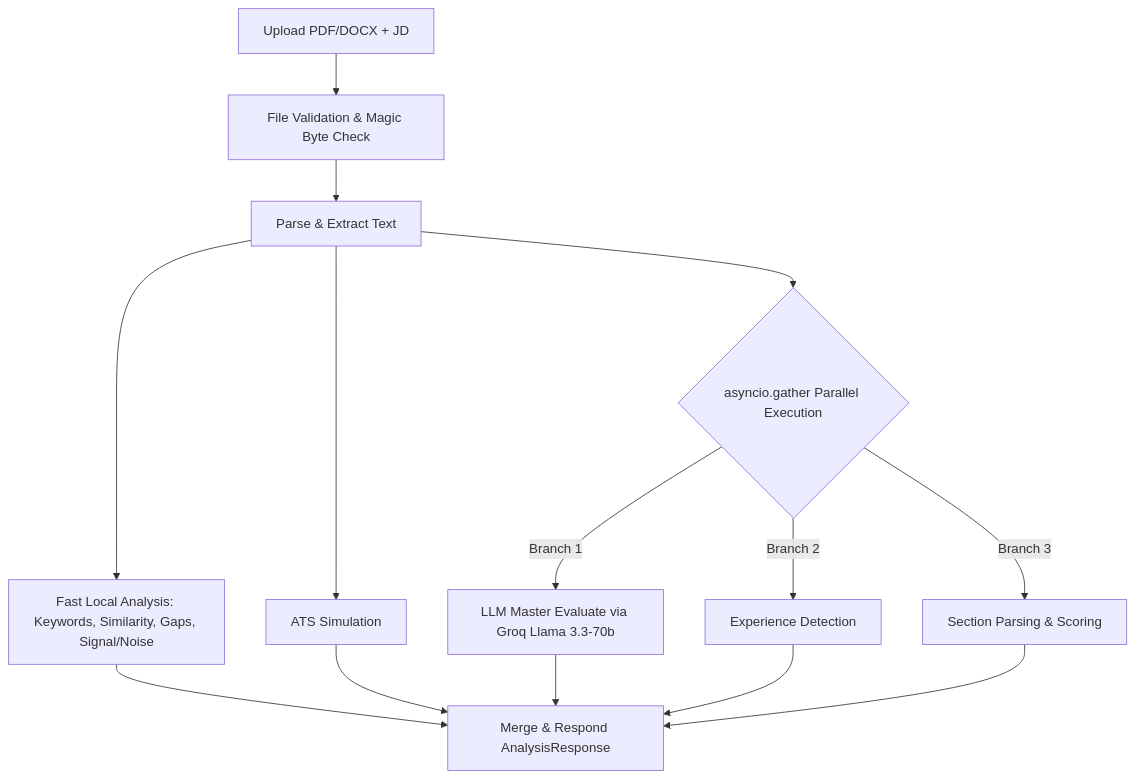
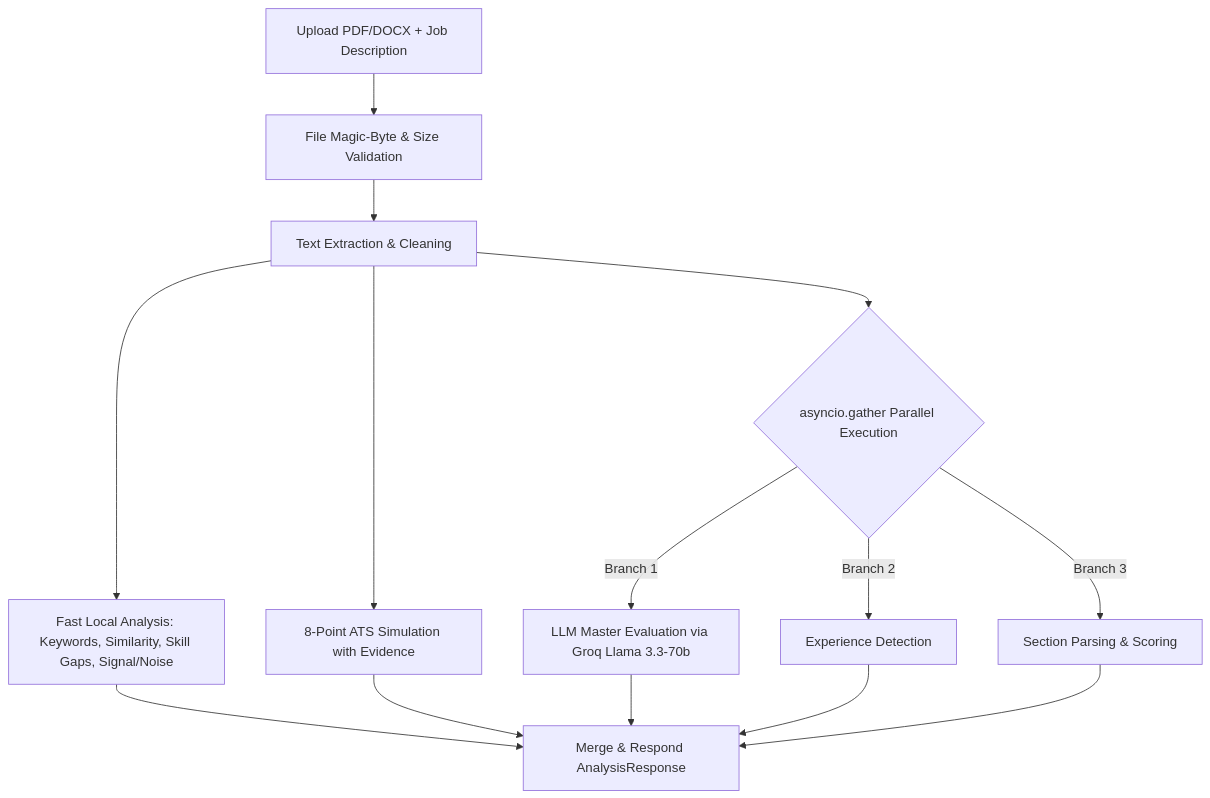
One commit to Ayush0915/CareerIQ changed the diagram in README.md. Above: the diagram before and after it, drawn with Mermaid. The commit also changed other lines of this file and 7 other files, not shown here.

````diff
--- a/README.md
+++ b/README.md
@@ -40,16 +42,16 @@
 ```mermaid
 flowchart TD
-    A[Upload PDF/DOCX + JD] --> B[File Validation & Magic Byte Check]
-    B --> C[Parse & Extract Text]
-    C --> D[Fast Local Analysis: Keywords, Similarity, Gaps, Signal/Noise]
-    C --> E[ATS Simulation]
+    A[Upload PDF/DOCX + Job Description] --> B[File Magic-Byte & Size Validation]
+    B --> C[Text Extraction & Cleaning]
+    C --> D[Fast Local Analysis: Keywords, Similarity, Skill Gaps, Signal/Noise]
+    C --> E[8-Point ATS Simulation with Evidence]
     C --> F{asyncio.gather Parallel Execution}
-    F -->|Branch 1| G[LLM Master Evaluate via Groq Llama 3.3-70b]
+    F -->|Branch 1| G[LLM Master Evaluation via Groq Llama 3.3-70b]
     F -->|Branch 2| H[Experience Detection]
     F -->|Branch 3| I[Section Parsing & Scoring]
     D --> J[Merge & Respond AnalysisResponse]
     E --> J
     G --> J
     H --> J
     I --> J
 ```
````
